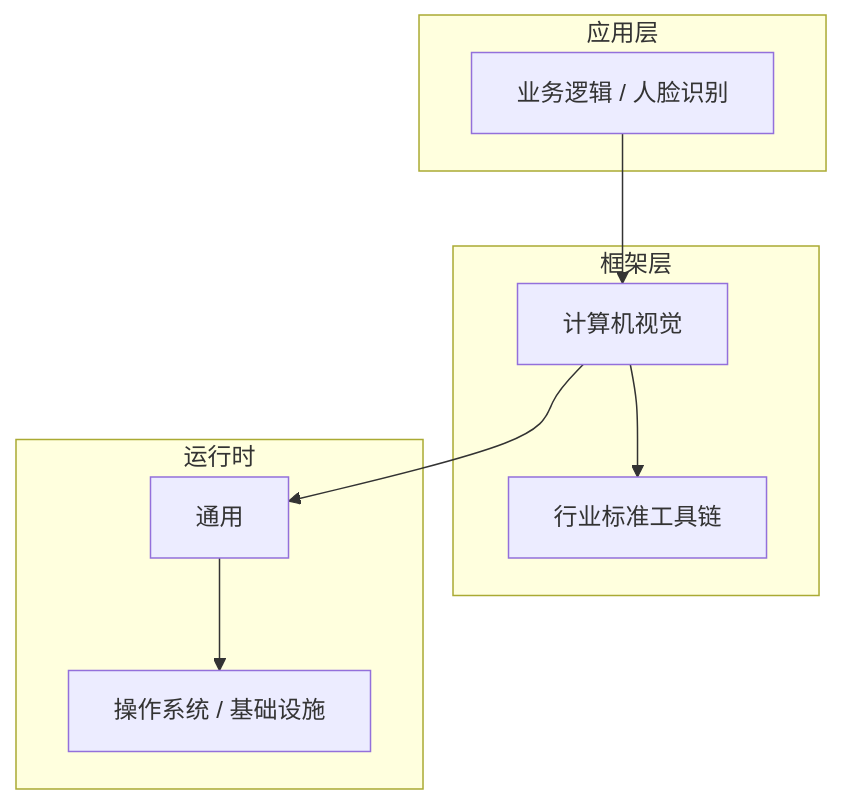
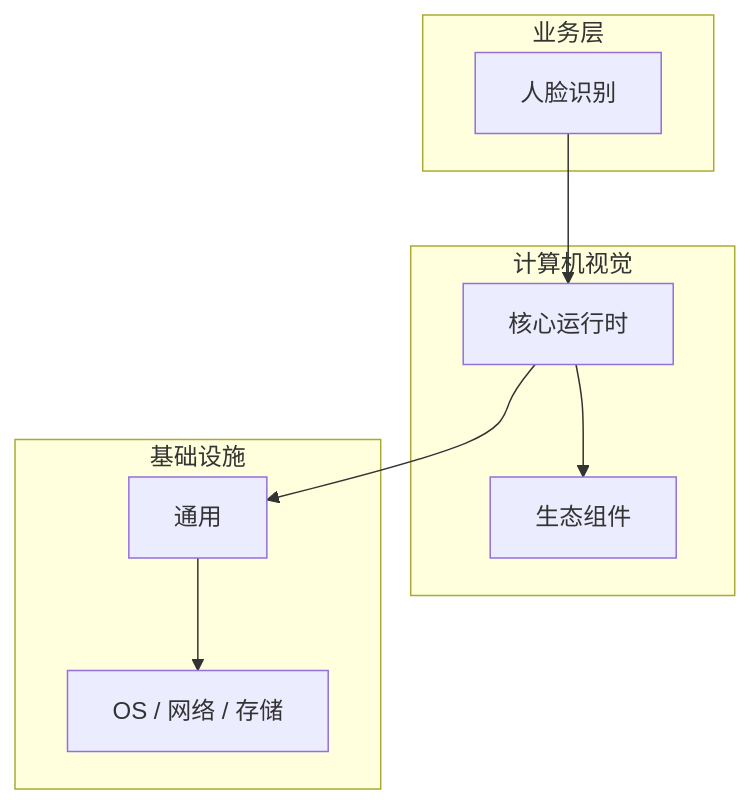
One commit to yanggan2015/knowledge-json-v2 changed the diagram in articles/计算机视觉/chapters/076-人脸识别核心概念与原理.md. Above: the diagram before and after it, drawn with Mermaid. The commit also changed other lines of this file and 10127 other files, not shown here.

````diff
--- a/articles/计算机视觉/chapters/076-人脸识别核心概念与原理.md
+++ b/articles/计算机视觉/chapters/076-人脸识别核心概念与原理.md
@@ -45,18 +30,18 @@
 ```mermaid
 graph TB
-    subgraph 应用层
-        A[业务逻辑 / 人脸识别]
+    subgraph 业务层
+        A[人脸识别]
     end
-    subgraph 框架层
-        B[计算机视觉]
-        C[行业标准工具链]
+    subgraph 计算机视觉
+        B[核心运行时]
+        C[生态组件]
     end
-    subgraph 运行时
+    subgraph 基础设施
         D[通用]
-        E[操作系统 / 基础设施]
+        E[OS / 网络 / 存储]
     end
     A --> B
     B --> C
     B --> D
     D --> E
 ```
````
